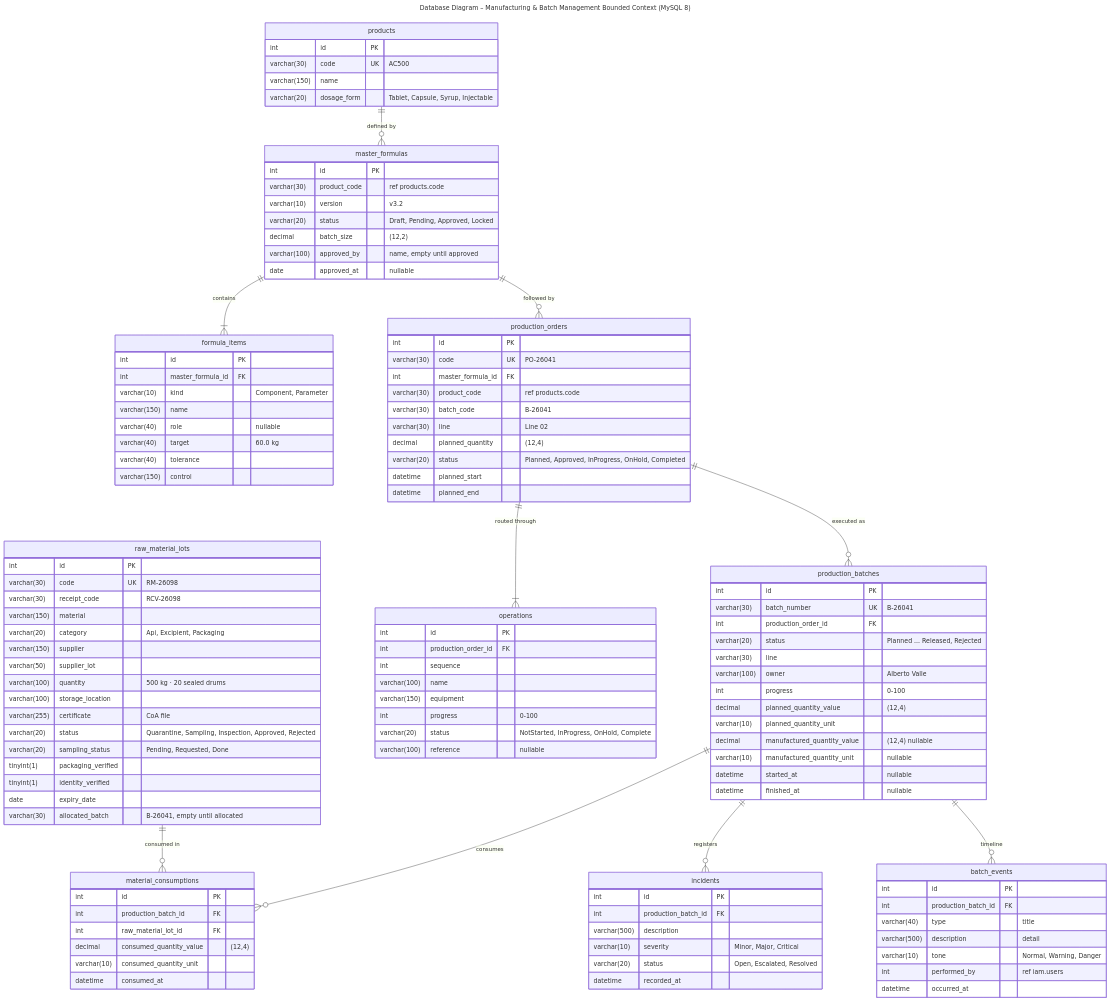
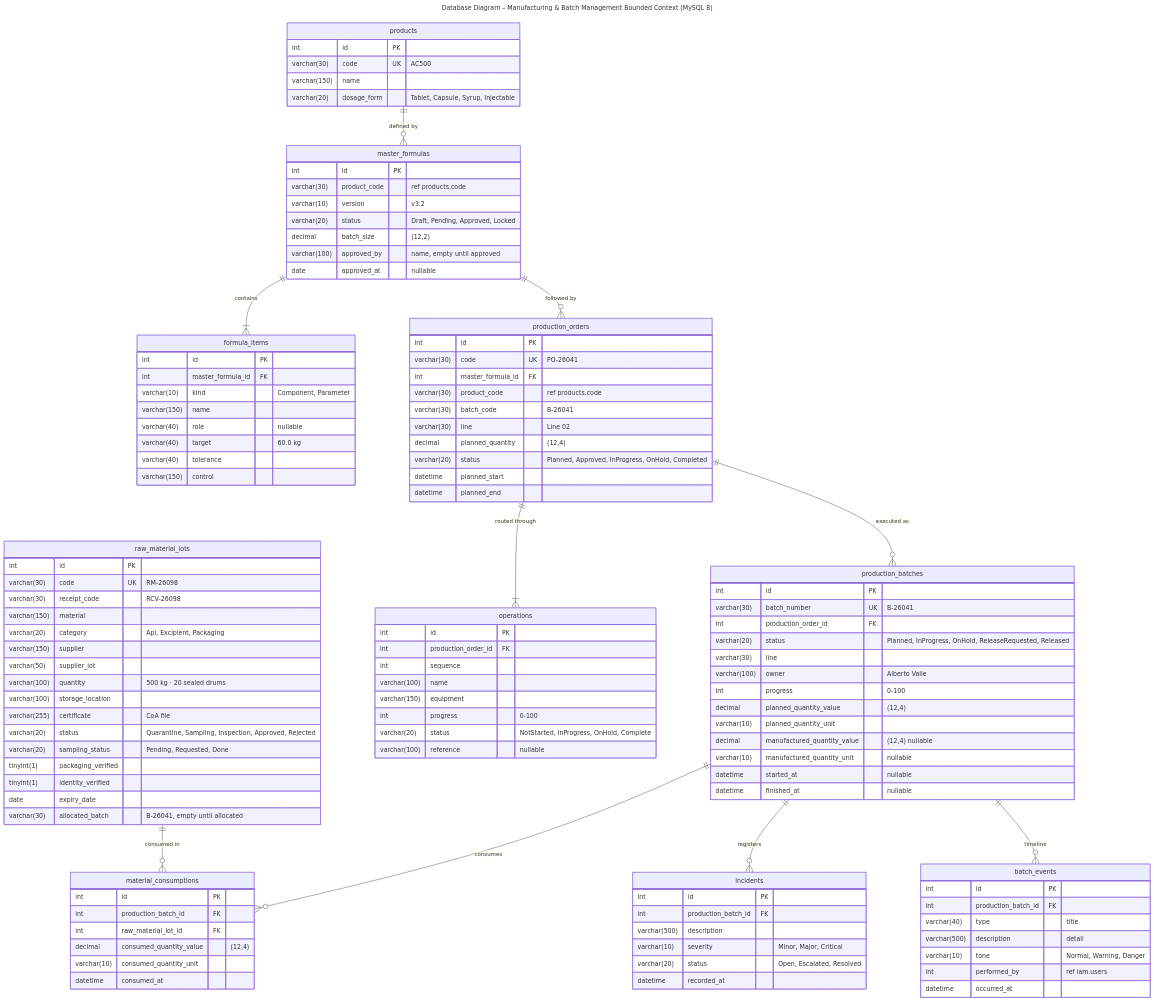
The diagram in assets/diagrams/mermaid/db-04-manufacturing.mmd (IngesCompanyCC/doofplus-report), drawn with Mermaid before and after one commit. The commit also changed 4 other files, not shown here.

Commit message:
fix(diagrams): use the batch statuses of the web app

```diff
--- a/assets/diagrams/mermaid/db-04-manufacturing.mmd
+++ b/assets/diagrams/mermaid/db-04-manufacturing.mmd
@@ -1,118 +1,118 @@
 ---
 title: "Database Diagram – Manufacturing & Batch Management Bounded Context (MySQL 8)"
 ---
 erDiagram
   products {
     int id PK
     varchar(30) code UK "AC500"
     varchar(150) name
     varchar(20) dosage_form "Tablet, Capsule, Syrup, Injectable"
   }
   master_formulas {
     int id PK
     varchar(30) product_code "ref products.code"
     varchar(10) version "v3.2"
     varchar(20) status "Draft, Pending, Approved, Locked"
     decimal batch_size "(12,2)"
     varchar(100) approved_by "name, empty until approved"
     date approved_at "nullable"
   }
   formula_items {
     int id PK
     int master_formula_id FK
     varchar(10) kind "Component, Parameter"
     varchar(150) name
     varchar(40) role "nullable"
     varchar(40) target "60.0 kg"
     varchar(40) tolerance
     varchar(150) control
   }
   raw_material_lots {
     int id PK
     varchar(30) code UK "RM-26098"
     varchar(30) receipt_code "RCV-26098"
     varchar(150) material
     varchar(20) category "Api, Excipient, Packaging"
     varchar(150) supplier
     varchar(50) supplier_lot
     varchar(100) quantity "500 kg · 20 sealed drums"
     varchar(100) storage_location
     varchar(255) certificate "CoA file"
     varchar(20) status "Quarantine, Sampling, Inspection, Approved, Rejected"
     varchar(20) sampling_status "Pending, Requested, Done"
     tinyint(1) packaging_verified
     tinyint(1) identity_verified
     date expiry_date
     varchar(30) allocated_batch "B-26041, empty until allocated"
   }
   production_orders {
     int id PK
     varchar(30) code UK "PO-26041"
     int master_formula_id FK
     varchar(30) product_code "ref products.code"
     varchar(30) batch_code "B-26041"
     varchar(30) line "Line 02"
     decimal planned_quantity "(12,4)"
     varchar(20) status "Planned, Approved, InProgress, OnHold, Completed"
     datetime planned_start
     datetime planned_end
   }
   operations {
     int id PK
     int production_order_id FK
     int sequence
     varchar(100) name
     varchar(150) equipment
     int progress "0-100"
     varchar(20) status "NotStarted, InProgress, OnHold, Complete"
     varchar(100) reference "nullable"
   }
   production_batches {
     int id PK
     varchar(30) batch_number UK "B-26041"
     int production_order_id FK
-    varchar(20) status "Planned ... Released, Rejected"
+    varchar(20) status "Planned, InProgress, OnHold, ReleaseRequested, Released"
     varchar(30) line
     varchar(100) owner "Alberto Valle"
     int progress "0-100"
     decimal planned_quantity_value "(12,4)"
     varchar(10) planned_quantity_unit
     decimal manufactured_quantity_value "(12,4) nullable"
     varchar(10) manufactured_quantity_unit "nullable"
     datetime started_at "nullable"
     datetime finished_at "nullable"
   }
   material_consumptions {
     int id PK
     int production_batch_id FK
     int raw_material_lot_id FK
     decimal consumed_quantity_value "(12,4)"
     varchar(10) consumed_quantity_unit
     datetime consumed_at
   }
   incidents {
     int id PK
     int production_batch_id FK
     varchar(500) description
     varchar(10) severity "Minor, Major, Critical"
     varchar(20) status "Open, Escalated, Resolved"
     datetime recorded_at
   }
   batch_events {
     int id PK
     int production_batch_id FK
     varchar(40) type "title"
     varchar(500) description "detail"
     varchar(10) tone "Normal, Warning, Danger"
     int performed_by "ref iam.users"
     datetime occurred_at
   }
   products ||--o{ master_formulas : "defined by"
   master_formulas ||--|{ formula_items : "contains"
   master_formulas ||--o{ production_orders : "followed by"
   production_orders ||--|{ operations : "routed through"
   production_orders ||--o{ production_batches : "executed as"
   production_batches ||--o{ material_consumptions : "consumes"
   raw_material_lots ||--o{ material_consumptions : "consumed in"
   production_batches ||--o{ incidents : "registers"
   production_batches ||--o{ batch_events : "timeline"
```
